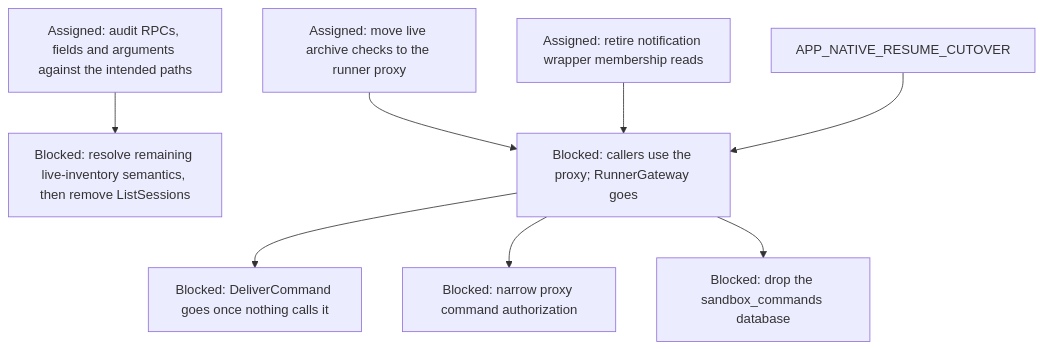
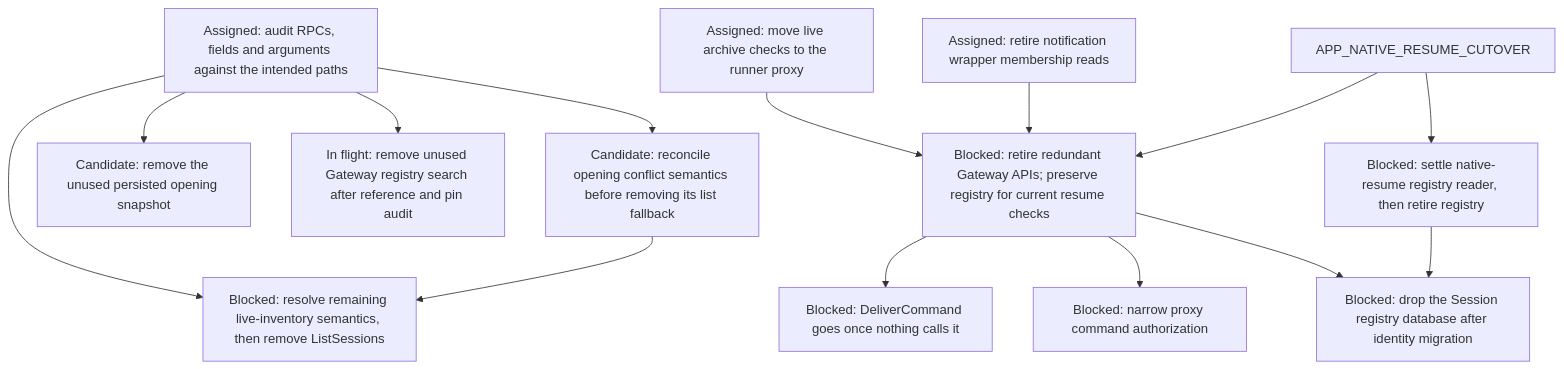
One commit to agentydragon-agent/ducktape changed diagram 15 of 15 in agentplane/plans/task_dag.md. Above: the diagram before and after it, drawn with Mermaid. The commit also changed other lines of this file and 15 other files, not shown here.

First line of the commit message:
docs(agentplane): map control surface retirement (#10620)

````diff
--- a/agentplane/plans/task_dag.md
+++ b/agentplane/plans/task_dag.md
@@ -1039,15 +1039,22 @@
 ```mermaid
 flowchart TD
     RUNNER_COMMAND_RPCS[Blocked: DeliverCommand goes once nothing calls it]
     CONTROL_SURFACE_RETIREMENT_AUDIT[Assigned: audit RPCs, fields and arguments against the intended paths]
     CONTROL_SURFACE_RETIREMENT_AUDIT --> RUNNER_LIST_SESSIONS_RETIRE[Blocked: resolve remaining live-inventory semantics, then remove ListSessions]
+    CONTROL_SURFACE_RETIREMENT_AUDIT --> DISPATCHER_OPEN_ALREADY_EXISTS[Candidate: reconcile opening conflict semantics before removing its list fallback]
+    DISPATCHER_OPEN_ALREADY_EXISTS --> RUNNER_LIST_SESSIONS_RETIRE
+    CONTROL_SURFACE_RETIREMENT_AUDIT --> DISPATCHER_OPENING_ATTACHED_RETIRE[Candidate: remove the unused persisted opening snapshot]
+    CONTROL_SURFACE_RETIREMENT_AUDIT --> GATEWAY_FIND_SESSIONS_RETIRE[In flight: remove unused Gateway registry search after reference and pin audit]
     GATEWAY_WRAPPER_RETIRE --> RUNNER_COMMAND_RPCS
-    GATEWAY_WRAPPER_RETIRE[Blocked: callers use the proxy; RunnerGateway goes]
+    GATEWAY_WRAPPER_RETIRE[Blocked: retire redundant Gateway APIs; preserve registry for current resume checks]
     APP_ARCHIVE_RUNNER_READ_MIGRATION[Assigned: move live archive checks to the runner proxy] --> GATEWAY_WRAPPER_RETIRE
     NOTIFICATION_SESSION_MEMBERSHIP_MIGRATION[Assigned: retire notification wrapper membership reads] --> GATEWAY_WRAPPER_RETIRE
     APP_NATIVE_RESUME_CUTOVER --> GATEWAY_WRAPPER_RETIRE
-    GATEWAY_DATABASE_DROP[Blocked: drop the sandbox_commands database]
+    GATEWAY_DATABASE_DROP[Blocked: drop the Session registry database after identity migration]
     PROXY_START_METHODS_DISPATCHER_ONLY[Blocked: narrow proxy command authorization]
     GATEWAY_WRAPPER_RETIRE --> PROXY_START_METHODS_DISPATCHER_ONLY
     GATEWAY_WRAPPER_RETIRE --> GATEWAY_DATABASE_DROP
+    GATEWAY_SESSION_REGISTRY_RETIRE[Blocked: settle native-resume registry reader, then retire registry]
+    APP_NATIVE_RESUME_CUTOVER --> GATEWAY_SESSION_REGISTRY_RETIRE
+    GATEWAY_SESSION_REGISTRY_RETIRE --> GATEWAY_DATABASE_DROP
 ```
````
